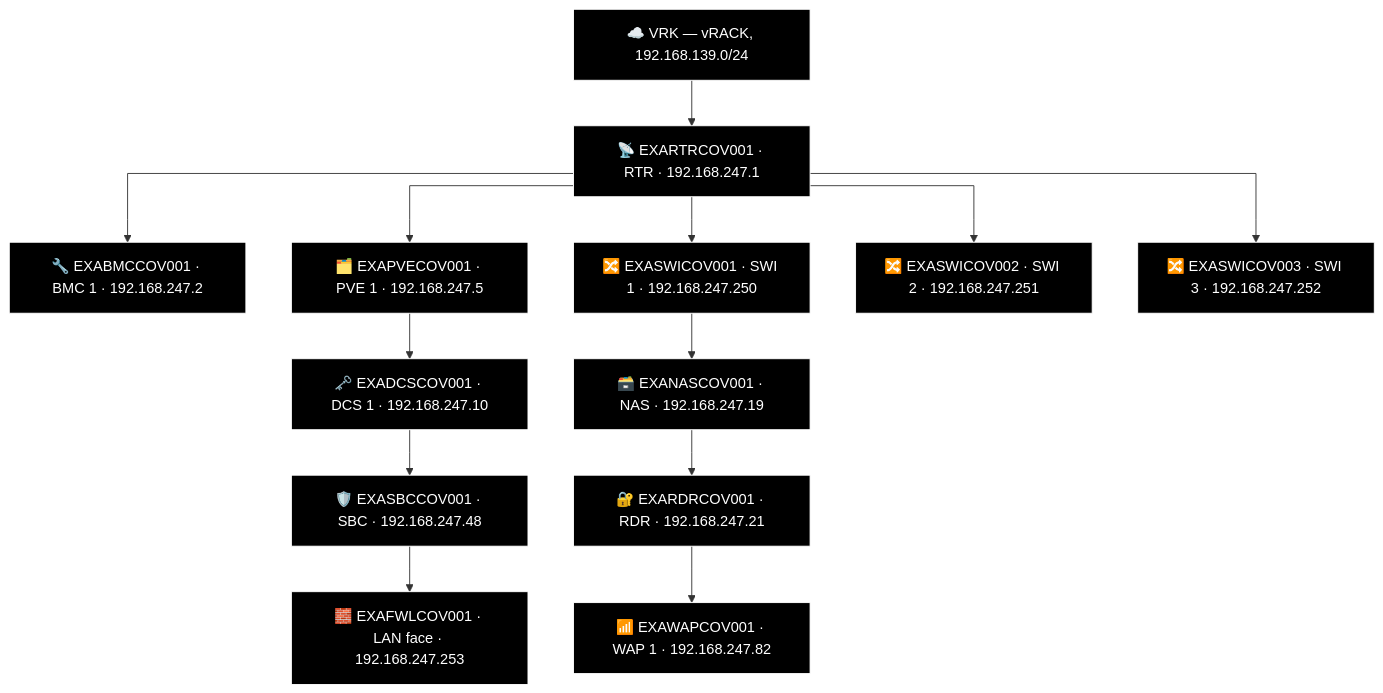
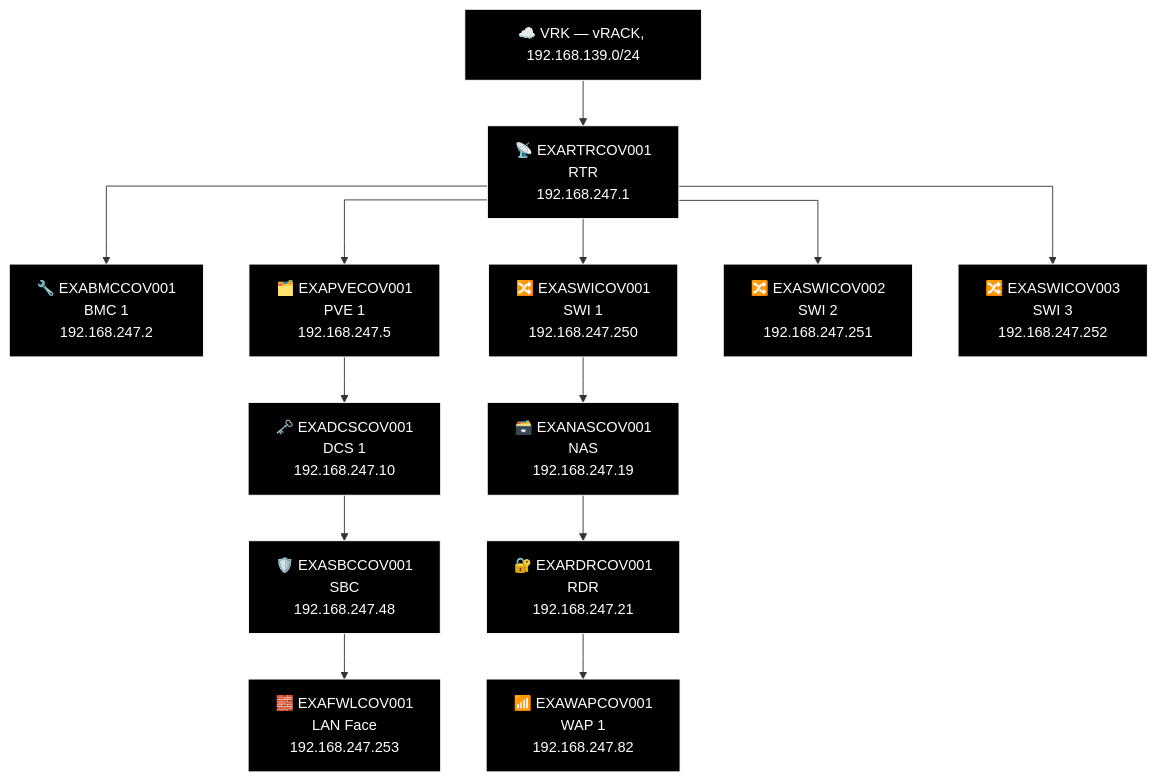
One commit to knightmare2600/example_music_infra changed diagram 18 of 18 in docs/network-diagram/england.md. Above: the diagram before and after it, drawn with Mermaid. The commit also changed other lines of this file and 18 other files, not shown here.

````diff
--- a/docs/network-diagram/england.md
+++ b/docs/network-diagram/england.md
@@ -744,40 +744,40 @@
 ```mermaid
 %% GENERATED:TOPOLOGY:COV:START
 %%{init: {'flowchart': {'curve': 'stepAfter'}}}%%
 graph TD
     T_VRK["☁️ VRK — vRACK, 192.168.139.0/24"]
-    T_RTR["📡 EXARTRCOV001 · RTR · 192.168.247.1"]
+    T_RTR["📡 EXARTRCOV001<br/>RTR<br/>192.168.247.1"]
     T_VRK --> T_RTR
-    T_BMC["🔧 EXABMCCOV001 · BMC 1 · 192.168.247.2"]
+    T_BMC["🔧 EXABMCCOV001<br/>BMC 1<br/>192.168.247.2"]
     T_RTR --> T_BMC
-    T_PVE["🗂️ EXAPVECOV001 · PVE 1 · 192.168.247.5"]
+    T_PVE["🗂️ EXAPVECOV001<br/>PVE 1<br/>192.168.247.5"]
     T_RTR --> T_PVE
-    T_SWI["🔀 EXASWICOV001 · SWI 1 · 192.168.247.250"]
+    T_SWI["🔀 EXASWICOV001<br/>SWI 1<br/>192.168.247.250"]
     T_RTR --> T_SWI
-    T_SWI2["🔀 EXASWICOV002 · SWI 2 · 192.168.247.251"]
+    T_SWI2["🔀 EXASWICOV002<br/>SWI 2<br/>192.168.247.251"]
     T_RTR --> T_SWI2
-    T_SWI3["🔀 EXASWICOV003 · SWI 3 · 192.168.247.252"]
+    T_SWI3["🔀 EXASWICOV003<br/>SWI 3<br/>192.168.247.252"]
     T_RTR --> T_SWI3
-    T_NAS["🗃️ EXANASCOV001 · NAS · 192.168.247.19"]
-    T_RDR["🔐 EXARDRCOV001 · RDR · 192.168.247.21"]
-    T_WAP["📶 EXAWAPCOV001 · WAP 1 · 192.168.247.82"]
+    T_NAS["🗃️ EXANASCOV001<br/>NAS<br/>192.168.247.19"]
+    T_RDR["🔐 EXARDRCOV001<br/>RDR<br/>192.168.247.21"]
+    T_WAP["📶 EXAWAPCOV001<br/>WAP 1<br/>192.168.247.82"]
     T_SWI --> T_NAS --> T_RDR --> T_WAP
-    T_DCS["🗝️ EXADCSCOV001 · DCS 1 · 192.168.247.10"]
-    T_SBC["🛡️ EXASBCCOV001 · SBC · 192.168.247.48"]
-    T_FWL["🧱 EXAFWLCOV001 · LAN face · 192.168.247.253"]
+    T_DCS["🗝️ EXADCSCOV001<br/>DCS 1<br/>192.168.247.10"]
+    T_SBC["🛡️ EXASBCCOV001<br/>SBC<br/>192.168.247.48"]
+    T_FWL["🧱 EXAFWLCOV001<br/>LAN Face<br/>192.168.247.253"]
     T_PVE --> T_DCS --> T_SBC --> T_FWL
     style T_VRK fill:#000000,stroke:#FFFFFF,color:#FFFFFF
     style T_RTR fill:#000000,stroke:#FFFFFF,color:#FFFFFF
     style T_BMC fill:#000000,stroke:#FFFFFF,color:#FFFFFF
     style T_PVE fill:#000000,stroke:#FFFFFF,color:#FFFFFF
     style T_SWI fill:#000000,stroke:#FFFFFF,color:#FFFFFF
     style T_SWI2 fill:#000000,stroke:#FFFFFF,color:#FFFFFF
     style T_SWI3 fill:#000000,stroke:#FFFFFF,color:#FFFFFF
     style T_NAS fill:#000000,stroke:#FFFFFF,color:#FFFFFF
     style T_RDR fill:#000000,stroke:#FFFFFF,color:#FFFFFF
     style T_WAP fill:#000000,stroke:#FFFFFF,color:#FFFFFF
     style T_DCS fill:#000000,stroke:#FFFFFF,color:#FFFFFF
     style T_SBC fill:#000000,stroke:#FFFFFF,color:#FFFFFF
     style T_FWL fill:#000000,stroke:#FFFFFF,color:#FFFFFF
 %% GENERATED:TOPOLOGY:COV:END
 ```
````
